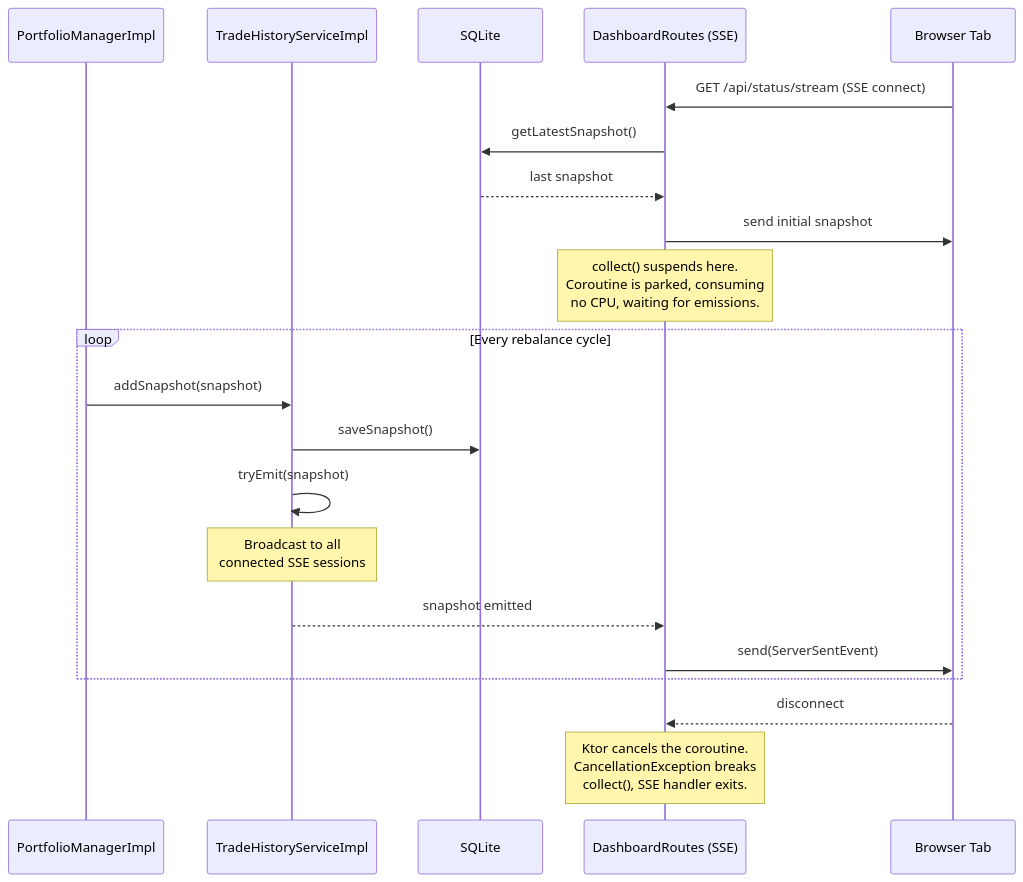
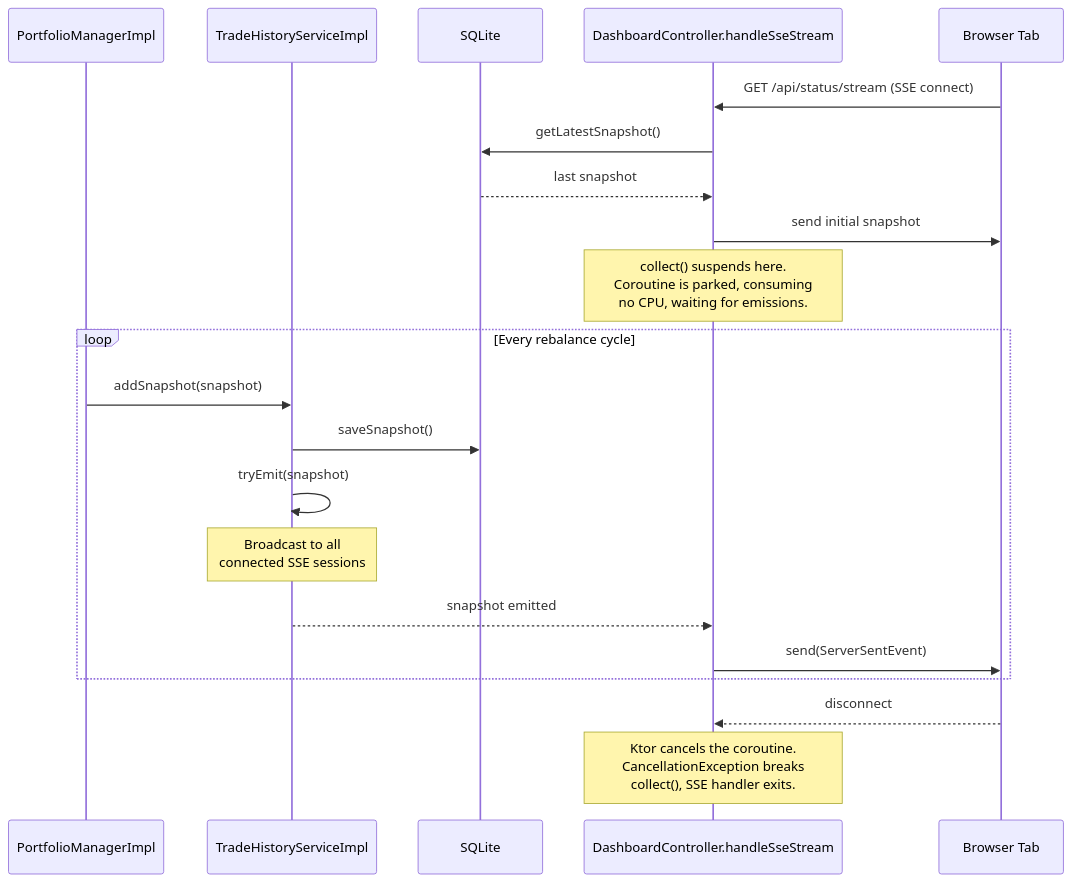
One commit to HyperVon/new-kraken-rebalancer changed the third of 5 diagrams in docs/FLOWS.md. Above: the diagram before and after it, drawn with Mermaid. The commit also changed other lines of this file and 17 other files, not shown here.

````diff
--- a/docs/FLOWS.md
+++ b/docs/FLOWS.md
@@ -128,27 +128,27 @@
 ```mermaid
 sequenceDiagram
     participant PM as PortfolioManagerImpl
     participant THS as TradeHistoryServiceImpl
     participant DB as SQLite
-    participant SSE as DashboardRoutes (SSE)
+    participant SSE as DashboardController.handleSseStream
     participant Browser as Browser Tab
 
     Browser->>SSE: GET /api/status/stream (SSE connect)
     SSE->>DB: getLatestSnapshot()
     DB-->>SSE: last snapshot
     SSE->>Browser: send initial snapshot
 
     note over SSE: collect() suspends here.<br/>Coroutine is parked, consuming<br/>no CPU, waiting for emissions.
 
     loop Every rebalance cycle
         PM->>THS: addSnapshot(snapshot)
         THS->>DB: saveSnapshot()
         THS->>THS: tryEmit(snapshot)
         note over THS: Broadcast to all<br/>connected SSE sessions
         THS-->>SSE: snapshot emitted
         SSE->>Browser: send(ServerSentEvent)
     end
 
     Browser-->>SSE: disconnect
     note over SSE: Ktor cancels the coroutine.<br/>CancellationException breaks<br/>collect(), SSE handler exits.
 ```
````
